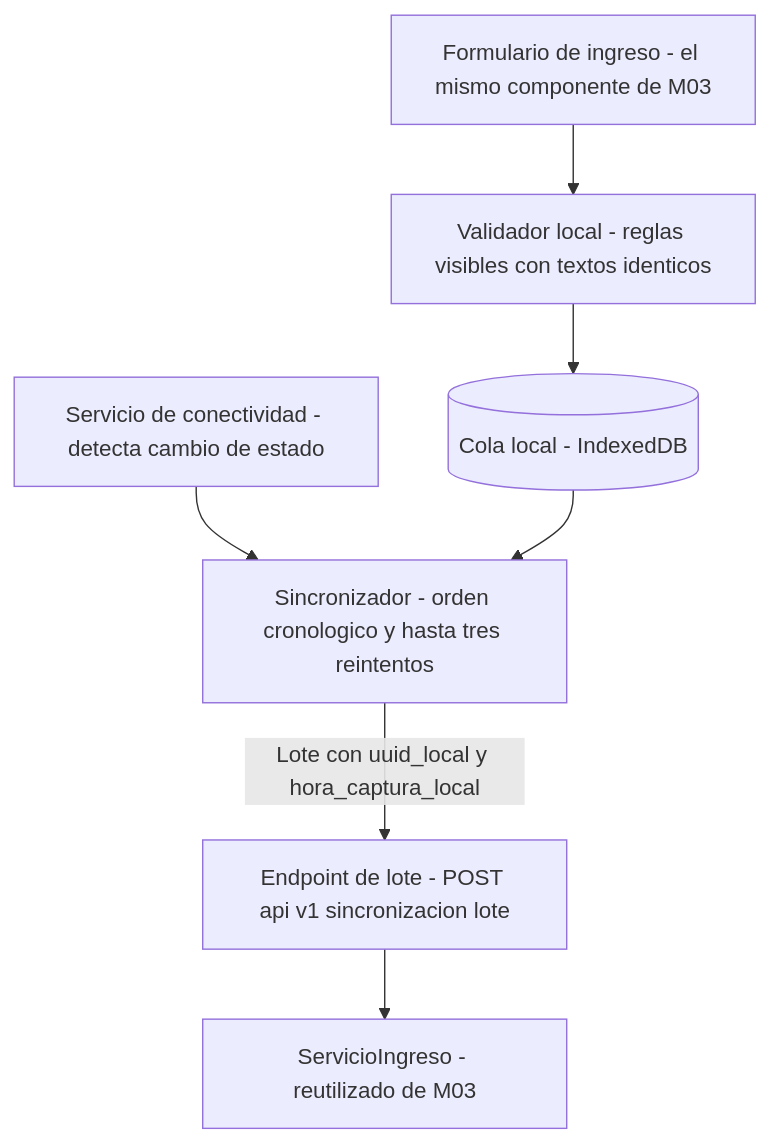
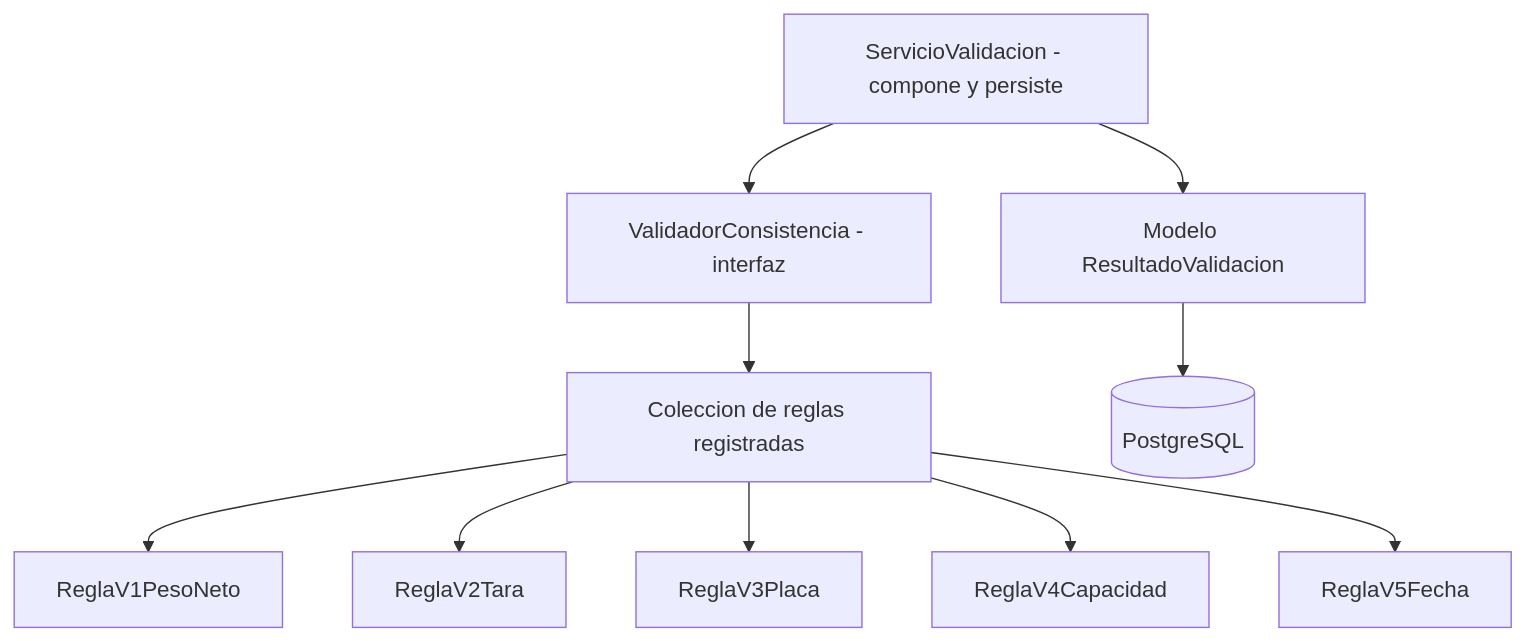
One commit to adlerOmonte1/LogisticaMinera changed the sixth of 7 diagrams in docs/model-c4/ARQ-03_Modelo_C4.md. Above: the diagram before and after it, drawn with Mermaid. The commit also changed other lines of this file, not shown here.

First line of the commit message:
docs(arquitectura): ARQ-03 Modelo C4 del sistema inteligente

````diff
--- a/docs/model-c4/ARQ-03_Modelo_C4.md
+++ b/docs/model-c4/ARQ-03_Modelo_C4.md
@@ -238,17 +262,23 @@
 ```mermaid
 flowchart TB
-    FRM["Formulario de ingreso - el mismo componente de M03"]
-    VAL["Validador local - reglas visibles con textos identicos"]
-    COL[("Cola local - IndexedDB")]
-    CON["Servicio de conectividad - detecta cambio de estado"]
-    SIN["Sincronizador - orden cronologico y hasta tres reintentos"]
-    LOT["Endpoint de lote - POST api v1 sincronizacion lote"]
-    SRV["ServicioIngreso - reutilizado de M03"]
+    IFC["ValidadorConsistencia - interfaz"]
+    COL["Coleccion de reglas registradas"]
+    V1["ReglaV1PesoNeto"]
+    V2["ReglaV2Tara"]
+    V3["ReglaV3Placa"]
+    V4["ReglaV4Capacidad"]
+    V5["ReglaV5Fecha"]
+    SRV["ServicioValidacion - compone y persiste"]
+    MOD["Modelo ResultadoValidacion"]
+    DB[("PostgreSQL")]
 
-    FRM --> VAL
-    VAL --> COL
-    CON --> SIN
-    COL --> SIN
-    SIN -->|Lote con uuid_local y hora_captura_local| LOT
-    LOT --> SRV
+    IFC --> COL
+    COL --> V1
+    COL --> V2
+    COL --> V3
+    COL --> V4
+    COL --> V5
+    SRV --> IFC
+    SRV --> MOD
+    MOD --> DB
 ```
````
